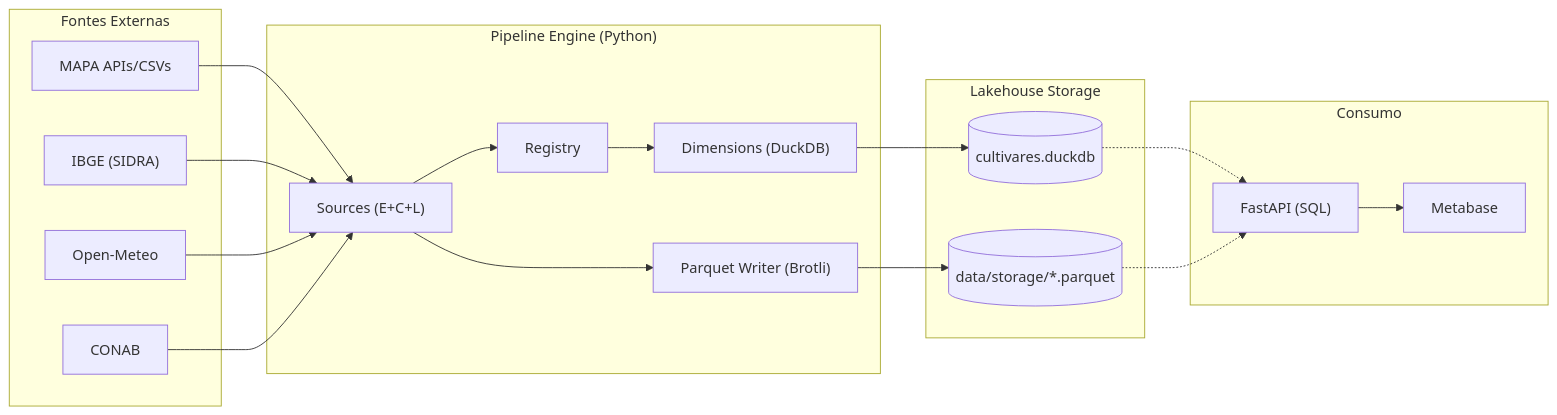
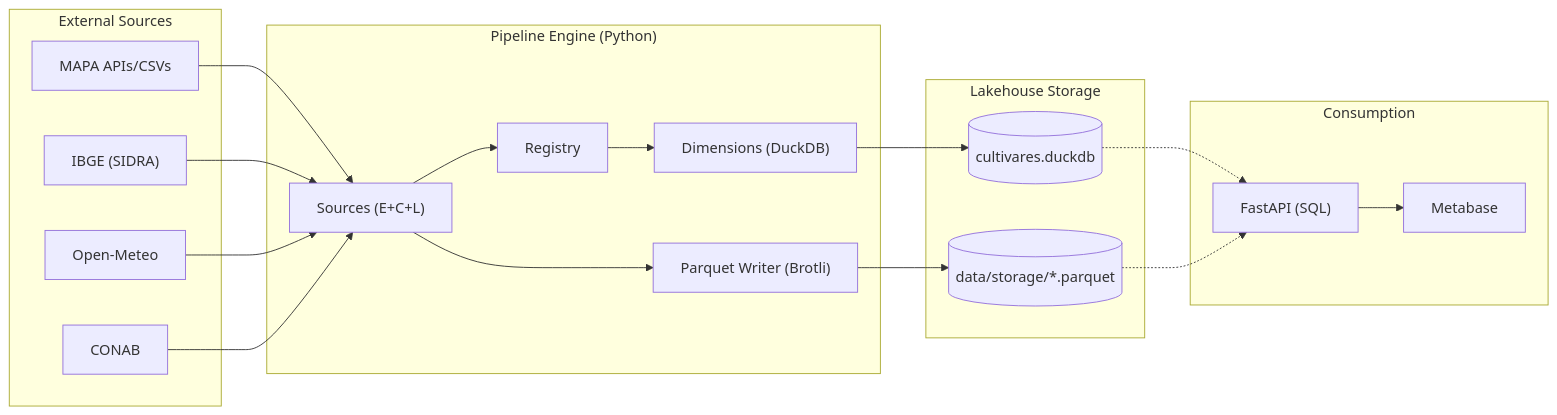
One commit to cirovisk/Agroharvest-BRv2 changed the second of 2 diagrams in docs/ARCHITECTURE_VISUAL.md. Above: the diagram before and after it, drawn with Mermaid. The commit also changed other lines of this file and 46 other files, not shown here.

````diff
--- a/docs/ARCHITECTURE_VISUAL.md
+++ b/docs/ARCHITECTURE_VISUAL.md
@@ -58,41 +58,41 @@
 ```mermaid
 graph LR
-    subgraph "Fontes Externas"
+    subgraph "External Sources"
         MAPA["MAPA APIs/CSVs"]
         IBGE["IBGE (SIDRA)"]
         OM["Open-Meteo"]
         CONAB["CONAB"]
     end
 
     subgraph "Pipeline Engine (Python)"
         REG["Registry"]
         SRC["Sources (E+C+L)"]
         DIM["Dimensions (DuckDB)"]
         PQ["Parquet Writer (Brotli)"]
     end
 
     subgraph "Lakehouse Storage"
         DDB[("cultivares.duckdb")]
         STG[("data/storage/*.parquet")]
     end
 
-    subgraph "Consumo"
+    subgraph "Consumption"
         API["FastAPI (SQL)"]
         MB["Metabase"]
     end
 
     MAPA --> SRC
     IBGE --> SRC
     OM --> SRC
     CONAB --> SRC
     
     SRC --> REG
     REG --> DIM
     DIM --> DDB
     SRC --> PQ
     PQ --> STG
     
     DDB -.-> API
     STG -.-> API
     API --> MB
 ```
````
